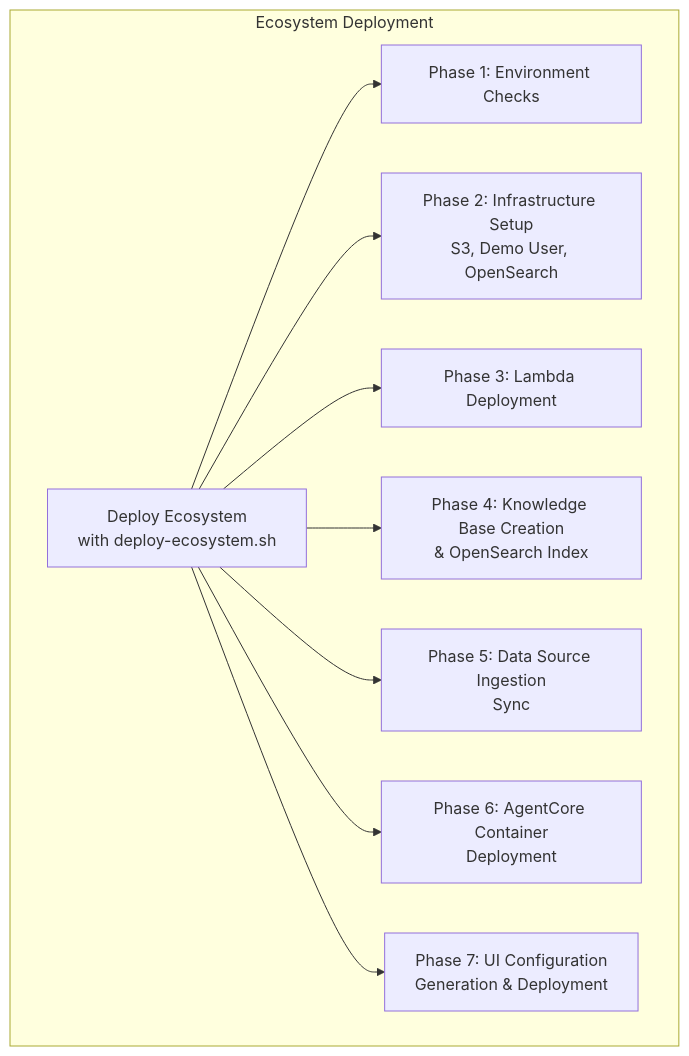
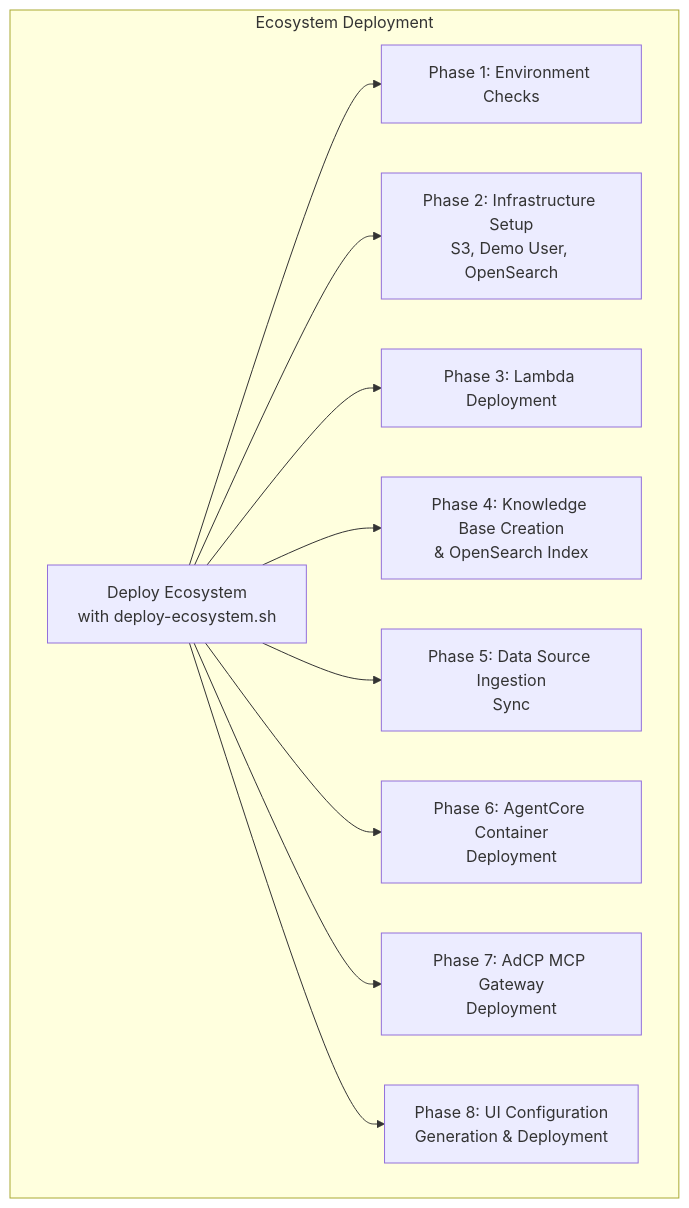
One commit to rostcheck/guidance-for-advertising-agents-on-aws changed the eighth of 8 diagrams in complete-agent-ecosystem-overview.md. Above: the diagram before and after it, drawn with Mermaid. The commit also changed other lines of this file and 10 other files, not shown here.

Commit message:
added documentation about the mock AdCP MCP server. Swapped the tab order in the example tab configuration. Enabled MCP server use to be the default.

````diff
--- a/complete-agent-ecosystem-overview.md
+++ b/complete-agent-ecosystem-overview.md
@@ -1040,13 +1040,14 @@
 ```mermaid
 graph TD
     subgraph "Ecosystem Deployment"
         Infra[Deploy Ecosystem<br/>with deploy-ecosystem.sh]
         Infra --> P1[Phase 1: Environment Checks]
         Infra --> P2[Phase 2: Infrastructure Setup<br/>S3, Demo User, OpenSearch]
         Infra --> P3[Phase 3: Lambda Deployment]
         Infra --> P4[Phase 4: Knowledge Base Creation<br/>& OpenSearch Index]
         Infra --> P5[Phase 5: Data Source Ingestion<br/>Sync]
         Infra --> P6[Phase 6: AgentCore Container<br/>Deployment]
-        Infra --> P7[Phase 7: UI Configuration<br/>Generation & Deployment]
+        Infra --> P7[Phase 7: AdCP MCP Gateway<br/>Deployment]
+        Infra --> P8[Phase 8: UI Configuration<br/>Generation & Deployment]
     end
 ```
````
